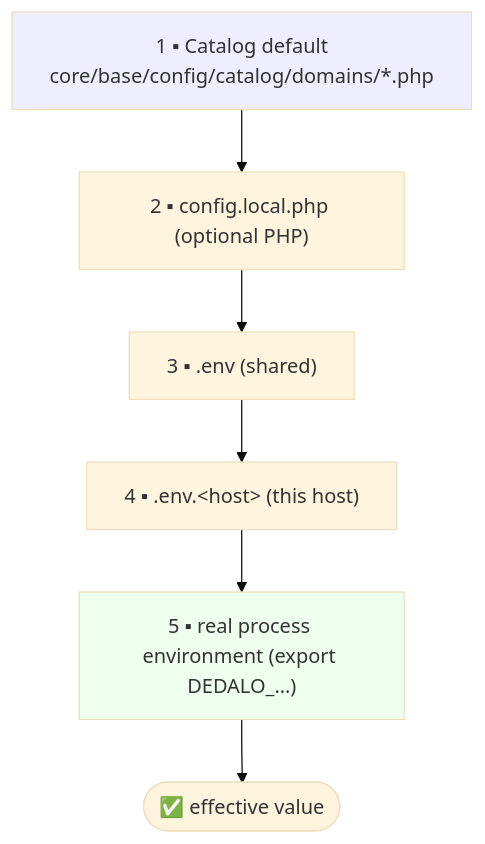
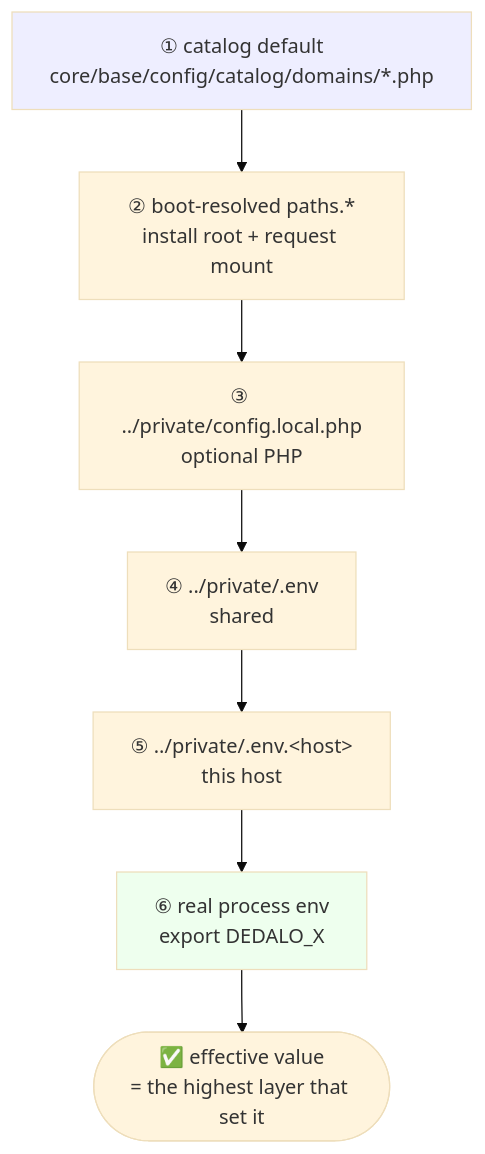
One commit to renderpci/dedalo changed the second of 6 diagrams in docs/config/administration.md. Above: the diagram before and after it, drawn with Mermaid (base theme). The commit also changed other lines of this file and 2 other files, not shown here.

First line of the commit message:
docs: update config documentation to reflect bootstrap.php rename and auto-migration

````diff
--- a/docs/config/administration.md
+++ b/docs/config/administration.md
@@ -64,12 +68,12 @@
 ```mermaid
 flowchart TB
-    A["1 ▪ Catalog default<br/>core/base/config/catalog/domains/*.php"]
-    B["2 ▪ config.local.php (optional PHP)"]
-    C["3 ▪ .env (shared)"]
-    D["4 ▪ .env.&lt;host&gt; (this host)"]
-    E["5 ▪ real process environment (export DEDALO_…)"]
-    A --> B --> C --> D --> E
-    E --> R(["✅ effective value"])
-    style A fill:#eef
-    style E fill:#efe
+    L0["① catalog default<br/>core/base/config/catalog/domains/*.php"]
+    L1["② boot-resolved paths.*<br/>install root + request mount"]
+    L2["③ ../private/config.local.php<br/>optional PHP"]
+    L3["④ ../private/.env<br/>shared"]
+    L4["⑤ ../private/.env.&lt;host&gt;<br/>this host"]
+    L5["⑥ real process env<br/>export DEDALO_X"]
+    L0 --> L1 --> L2 --> L3 --> L4 --> L5 --> R(["✅ effective value<br/>= the highest layer that set it"])
+    style L0 fill:#eef
+    style L5 fill:#efe
 ```
````
